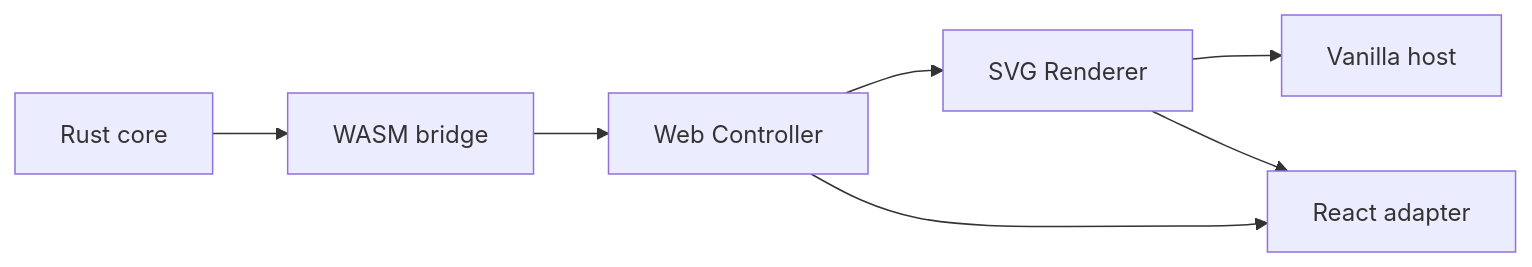
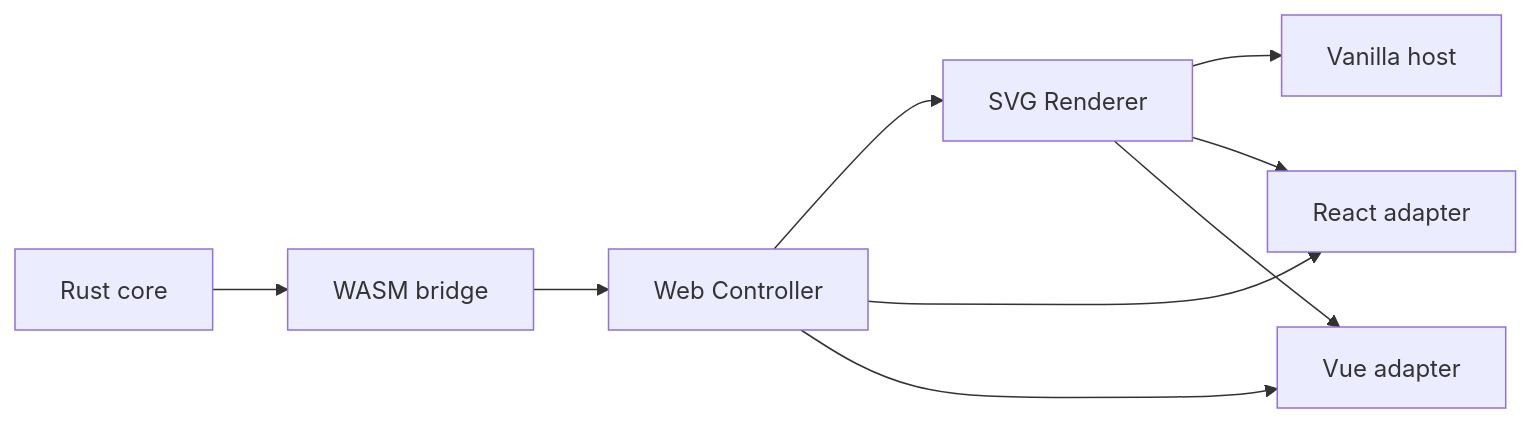
The diagram in docs/planning/phase0-vertical-slice.md (deweyou/node-ink), drawn with Mermaid before and after one commit. The commit also changed other lines of this file and 18 other files, not shown here.

Commit message:
feat: add Vue editor adapter

````diff
--- a/docs/planning/phase0-vertical-slice.md
+++ b/docs/planning/phase0-vertical-slice.md
@@ -3,9 +3,11 @@
 ```mermaid
 flowchart LR
     Core["Rust core"] --> Wasm["WASM bridge"]
     Wasm --> Controller["Web Controller"]
     Controller --> Renderer["SVG Renderer"]
     Renderer --> Vanilla["Vanilla host"]
     Controller --> React["React adapter"]
     Renderer --> React
+    Controller --> Vue["Vue adapter"]
+    Renderer --> Vue
 ```
````
